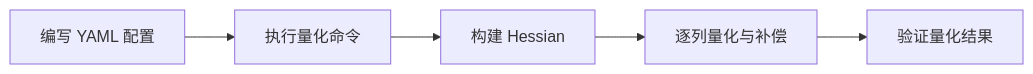
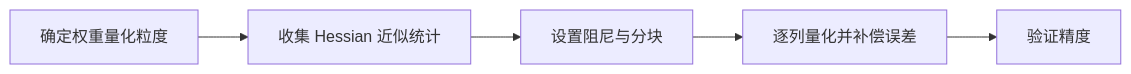
One commit to mindstudio-docs/master changed the diagram in msmodelslim/docs/zh/knowledge_base/quantization_algorithms/gptq/usage_gptq.md. Above: the diagram before and after it, drawn with Mermaid. The commit also changed other lines of this file and 73 other files, not shown here.

````diff
--- a/msmodelslim/docs/zh/knowledge_base/quantization_algorithms/gptq/usage_gptq.md
+++ b/msmodelslim/docs/zh/knowledge_base/quantization_algorithms/gptq/usage_gptq.md
@@ -43,7 +24,7 @@
 ```mermaid
 flowchart LR
-    A[编写 YAML 配置] --> B[执行量化命令]
-    B --> C[构建 Hessian]
-    C --> D[逐列量化与补偿]
-    D --> E[验证量化结果]
+    A[确定权重量化粒度] --> B[收集 Hessian 近似统计]
+    B[收集 Hessian 近似统计] --> C[设置阻尼与分块]
+    C[设置阻尼与分块] --> D[逐列量化并补偿误差]
+    D[逐列量化并补偿误差] --> E[验证精度]
 ```
````
